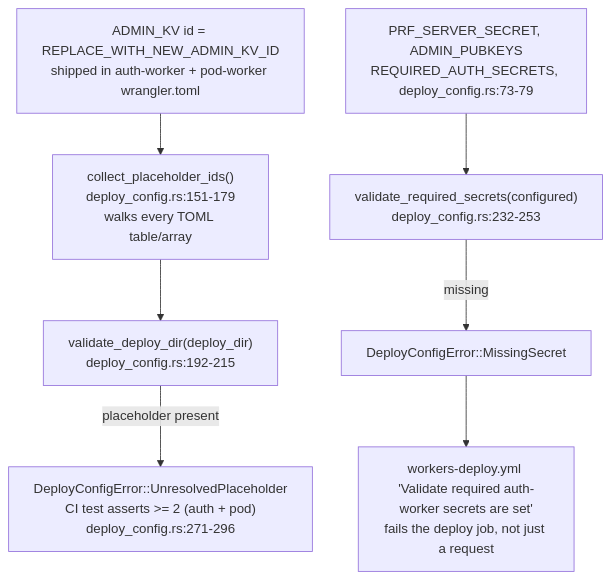
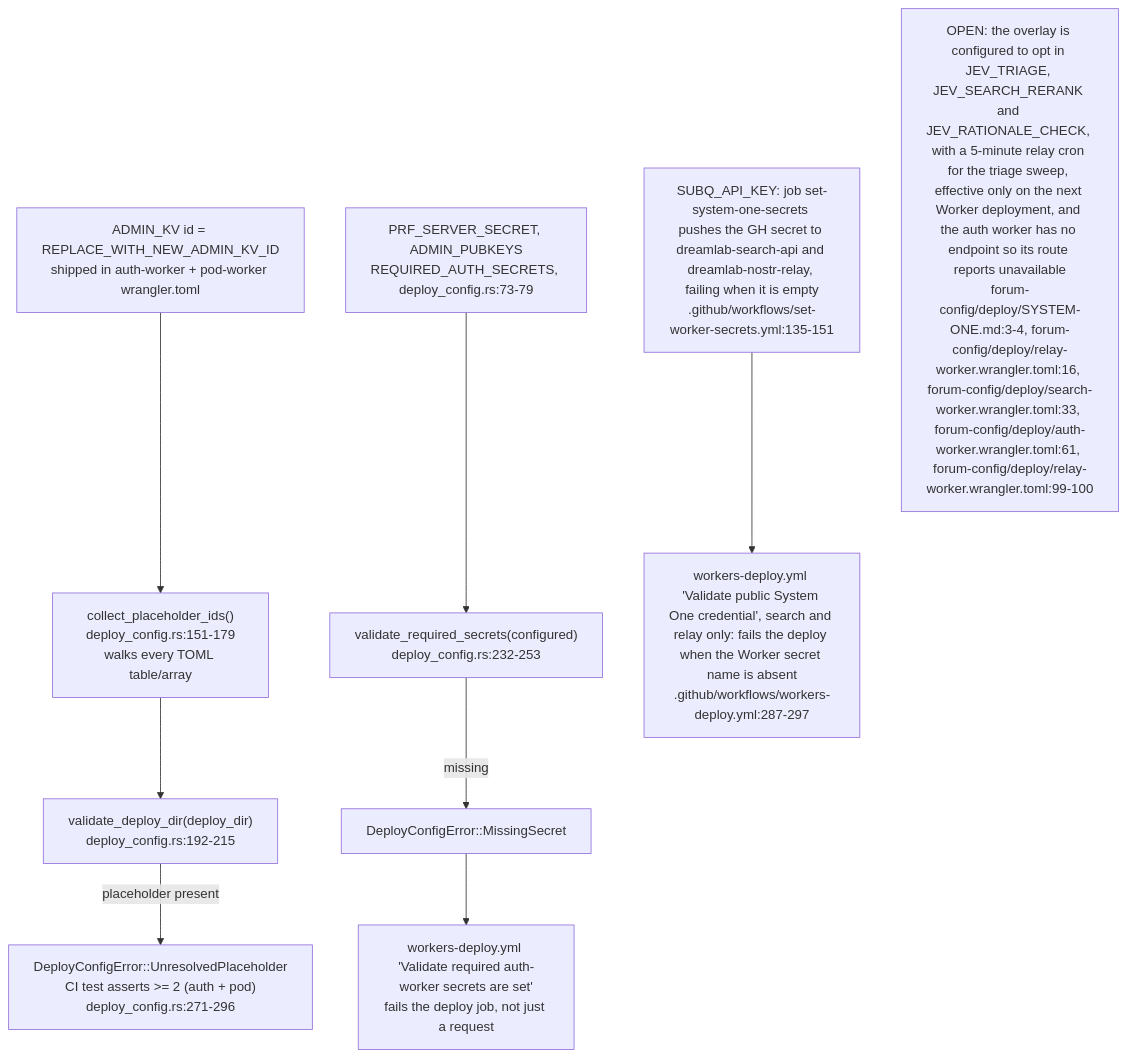
The seventh of 10 diagrams in docs/diagrams/dreamlab-ai-website/03-forum-config-overlay-zones-admin-kv-sync.md (DreamLab-AI/VisionFlow), drawn with Mermaid before and after one commit. The commit also changed other lines of this file and 145 other files, not shown here.

````diff
--- a/docs/diagrams/dreamlab-ai-website/03-forum-config-overlay-zones-admin-kv-sync.md
+++ b/docs/diagrams/dreamlab-ai-website/03-forum-config-overlay-zones-admin-kv-sync.md
@@ -161,9 +162,11 @@
 ```mermaid
 flowchart TB
     KVID["ADMIN_KV id = REPLACE_WITH_NEW_ADMIN_KV_ID<br/>shipped in auth-worker + pod-worker wrangler.toml"] --> SCAN["collect_placeholder_ids()<br/>deploy_config.rs:151-179<br/>walks every TOML table/array"]
     SCAN --> DETECT["validate_deploy_dir(deploy_dir)<br/>deploy_config.rs:192-215"]
     DETECT -->|placeholder present| FAIL1["DeployConfigError::UnresolvedPlaceholder<br/>CI test asserts >= 2 (auth + pod)<br/>deploy_config.rs:271-296"]
     SECRETS["PRF_SERVER_SECRET, ADMIN_PUBKEYS<br/>REQUIRED_AUTH_SECRETS, deploy_config.rs:73-79"] --> CHECK["validate_required_secrets(configured)<br/>deploy_config.rs:232-253"]
     CHECK -->|missing| FAIL2["DeployConfigError::MissingSecret"]
     FAIL2 --> DEPLOYSTEP["workers-deploy.yml 'Validate required auth-worker secrets are set'<br/>fails the deploy job, not just a request"]
+    SUBQ["SUBQ_API_KEY: job set-system-one-secrets pushes the GH secret to dreamlab-search-api and dreamlab-nostr-relay, failing when it is empty<br/>.github/workflows/set-worker-secrets.yml:135-151"] --> SUBQCHK["workers-deploy.yml 'Validate public System One credential', search and relay only: fails the deploy when the Worker secret name is absent<br/>.github/workflows/workers-deploy.yml:287-297"]
+    OPTIN["OPEN: the overlay is configured to opt in JEV_TRIAGE, JEV_SEARCH_RERANK and JEV_RATIONALE_CHECK, with a 5-minute relay cron for the triage sweep, effective only on the next Worker deployment, and the auth worker has no endpoint so its route reports unavailable<br/>forum-config/deploy/SYSTEM-ONE.md:3-4, forum-config/deploy/relay-worker.wrangler.toml:16, forum-config/deploy/search-worker.wrangler.toml:33, forum-config/deploy/auth-worker.wrangler.toml:61, forum-config/deploy/relay-worker.wrangler.toml:99-100"]
 ```
````
